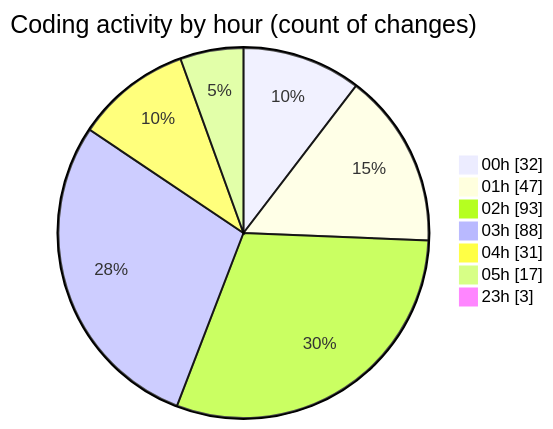
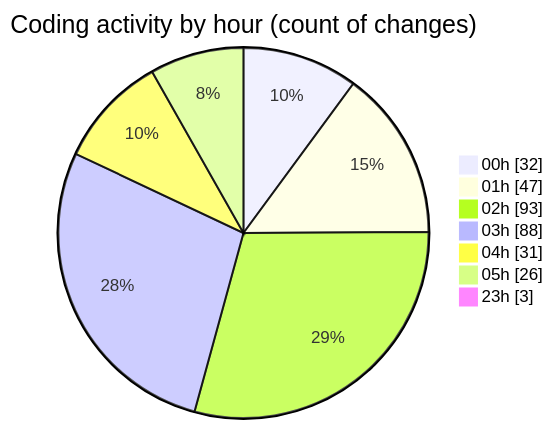
Before and after one commit to lephambinh05/code-tracking: the second of 2 diagrams in 2025-07-28/quanlyrapchieuphim-1/README.md, drawn with Mermaid. The commit also changed other lines of this file and 1 other file, not shown here.

````diff
--- a/2025-07-28/quanlyrapchieuphim-1/README.md
+++ b/2025-07-28/quanlyrapchieuphim-1/README.md
@@ -72,11 +72,11 @@
 ```mermaid
 pie showData
 title Coding activity by hour (count of changes)
 "00h" : 32
 "01h" : 47
 "02h" : 93
 "03h" : 88
 "04h" : 31
-"05h" : 17
+"05h" : 26
 "23h" : 3
 ```
````
